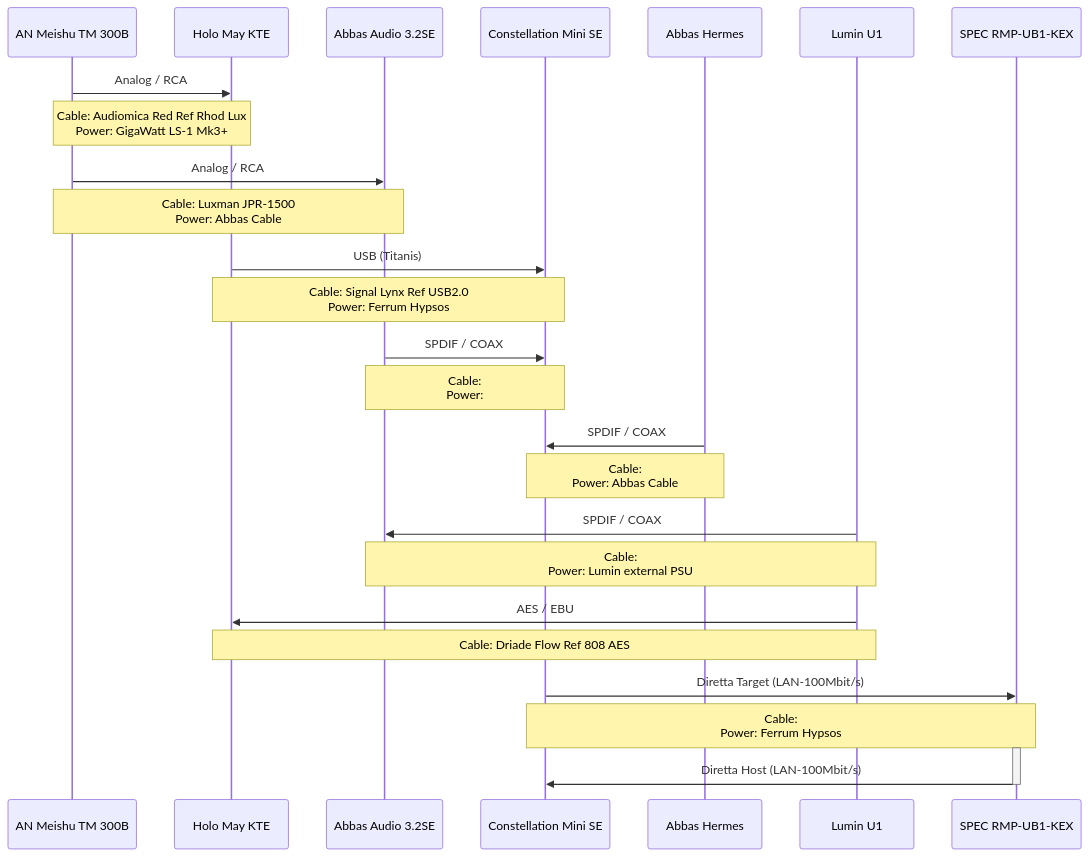
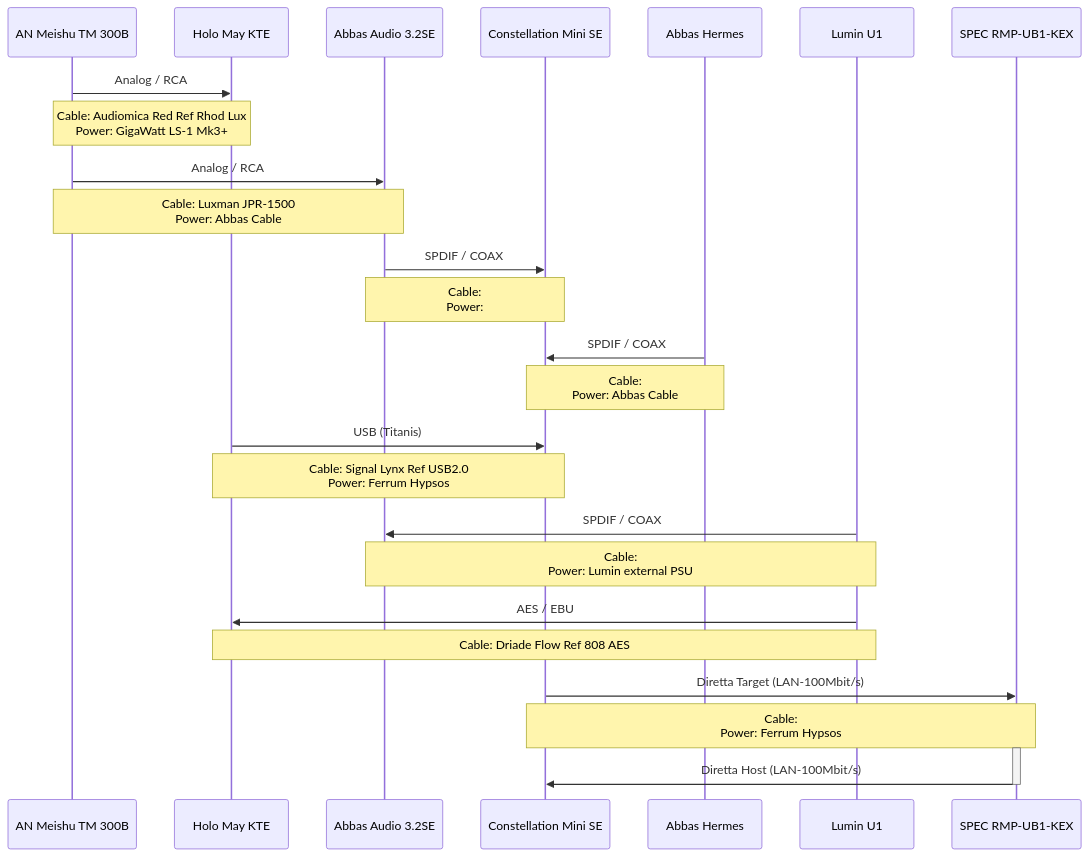
The first of 2 diagrams in gerihifi-setup.md (geraldfehringer/diretta), drawn with Mermaid before and after one commit. The commit also changed other lines of this file, not shown here.

````diff
--- a/gerihifi-setup.md
+++ b/gerihifi-setup.md
@@ -22,22 +22,22 @@
 ```mermaid
 sequenceDiagram
     AN Meishu TM 300B->>Holo May KTE: Analog / RCA
     Note over AN Meishu TM 300B,Holo May KTE: Cable: Audiomica Red Ref Rhod Lux<br> Power: GigaWatt LS-1 Mk3+
     AN Meishu TM 300B->>Abbas Audio 3.2SE: Analog / RCA
     Note over AN Meishu TM 300B,Abbas Audio 3.2SE: Cable: Luxman JPR-1500<br> Power: Abbas Cable
-    Holo May KTE->>Constellation Mini SE: USB (Titanis)
-    Note over Constellation Mini SE,Holo May KTE: Cable: Signal Lynx Ref USB2.0<br> Power: Ferrum Hypsos
     Abbas Audio 3.2SE->>Constellation Mini SE: SPDIF / COAX
     Note over Constellation Mini SE,Abbas Audio 3.2SE: Cable: <br> Power:
     Abbas Hermes->>Constellation Mini SE: SPDIF / COAX
     Note over Constellation Mini SE,Abbas Hermes: Cable: <br> Power: Abbas Cable
+    Holo May KTE->>Constellation Mini SE: USB (Titanis)
+    Note over Constellation Mini SE,Holo May KTE: Cable: Signal Lynx Ref USB2.0<br> Power: Ferrum Hypsos
     Lumin U1->>Abbas Audio 3.2SE: SPDIF / COAX
     Note over Abbas Audio 3.2SE,Lumin U1: Cable: <br> Power: Lumin external PSU
     Lumin U1->>Holo May KTE: AES / EBU
     Note over Holo May KTE,Lumin U1: Cable: Driade Flow Ref 808 AES
     Constellation Mini SE->>SPEC RMP-UB1-KEX: Diretta Target (LAN-100Mbit/s)
     Note over SPEC RMP-UB1-KEX,Constellation Mini SE: Cable: <br> Power: Ferrum Hypsos
     activate SPEC RMP-UB1-KEX
     SPEC RMP-UB1-KEX->>Constellation Mini SE: Diretta Host (LAN-100Mbit/s)
     deactivate SPEC RMP-UB1-KEX
 ```
````
